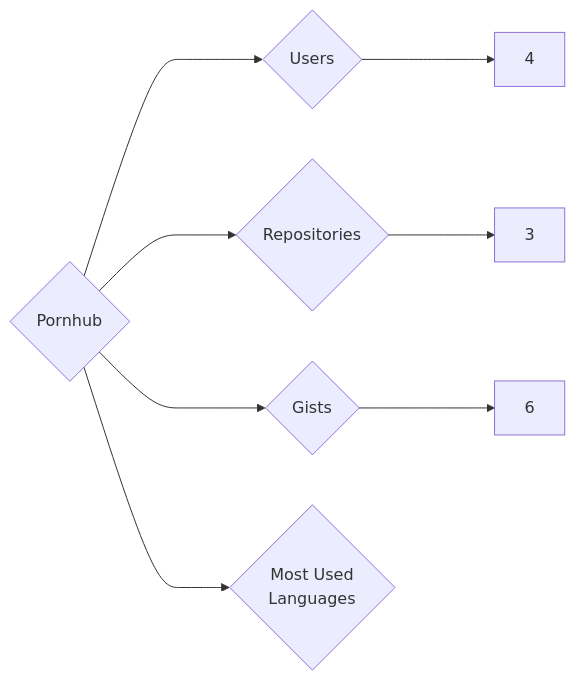
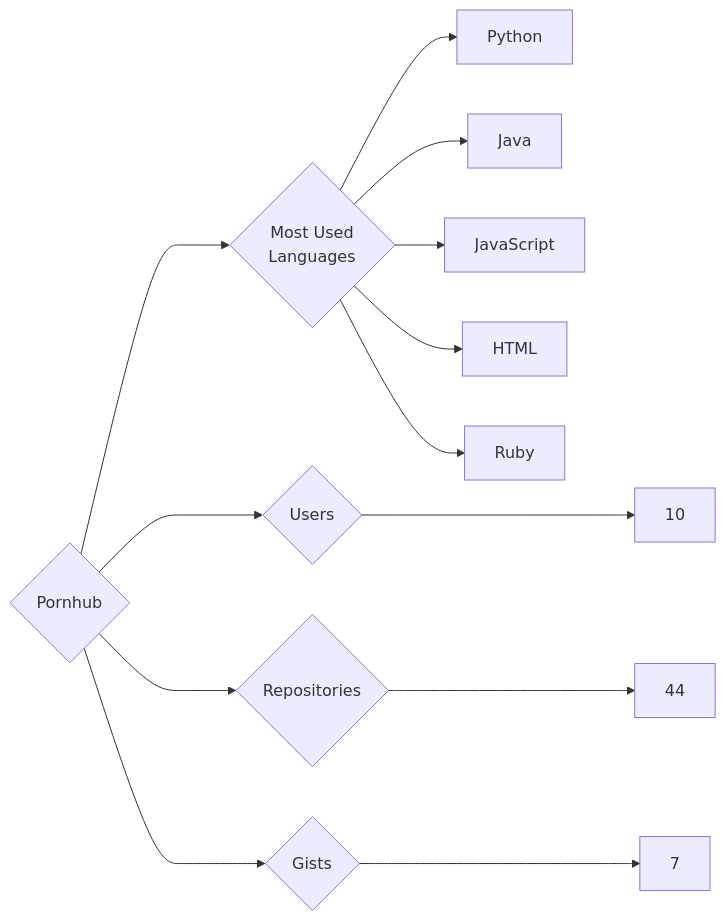
One commit to trickest/insiders changed the diagram in targets/Pornhub/README.md. Above: the diagram before and after it, drawn with Mermaid. The commit also changed 972 other files, not shown here.

````diff
--- a/targets/Pornhub/README.md
+++ b/targets/Pornhub/README.md
@@ -3,8 +3,13 @@
 ```mermaid
 graph LR
 COMPANY_NAME{Pornhub}
-COMPANY_NAME ---> U{Users} ---> UN[4]
-COMPANY_NAME ---> R{Repositories} ---> RN[3]
-COMPANY_NAME ---> G{Gists} ---> GN[6]
+COMPANY_NAME ---> U{Users} ---> UN[10]
+COMPANY_NAME ---> R{Repositories} ---> RN[44]
+COMPANY_NAME ---> G{Gists} ---> GN[7]
 COMPANY_NAME ---> ML{Most Used<br>Languages}
+ML --> Python[Python]
+ML --> Java[Java]
+ML --> JavaScript[JavaScript]
+ML --> HTML[HTML]
+ML --> Ruby[Ruby]
 ```
````
